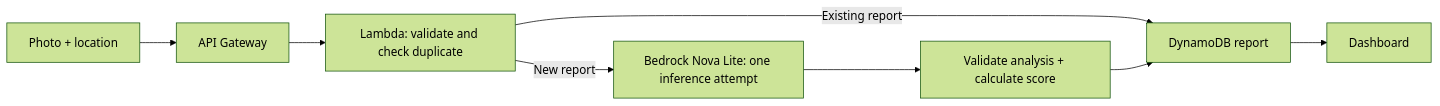
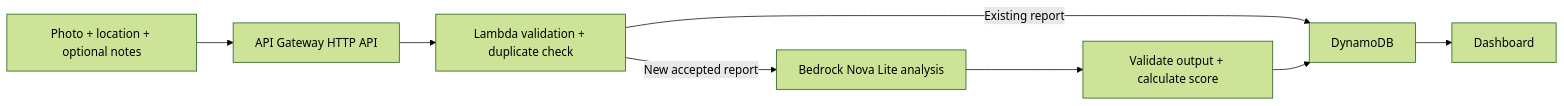
Before and after one commit to abhipoudel12/campusfix-ai: the diagram in README.md, drawn with Mermaid (forest theme). The commit also changed other lines of this file and 3 other files, not shown here.

````diff
--- a/README.md
+++ b/README.md
@@ -17,10 +29,10 @@
 ```mermaid
 flowchart LR
-  A[Photo + location] --> B[API Gateway]
-  B --> C[Lambda: validate and check duplicate]
-  C -->|Existing report| G[DynamoDB report]
-  C -->|New report| D[Bedrock Nova Lite: one inference attempt]
-  D --> E[Validate analysis + calculate score]
+  A[Photo + location + optional notes] --> B[API Gateway HTTP API]
+  B --> C[Lambda validation + duplicate check]
+  C -->|Existing report| G[DynamoDB]
+  C -->|New accepted report| D[Bedrock Nova Lite analysis]
+  D --> E[Validate output + calculate score]
   E --> G
   G --> H[Dashboard]
 ```
````
